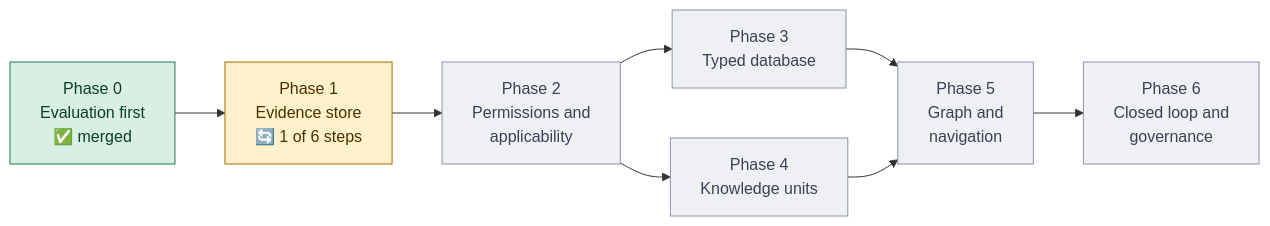
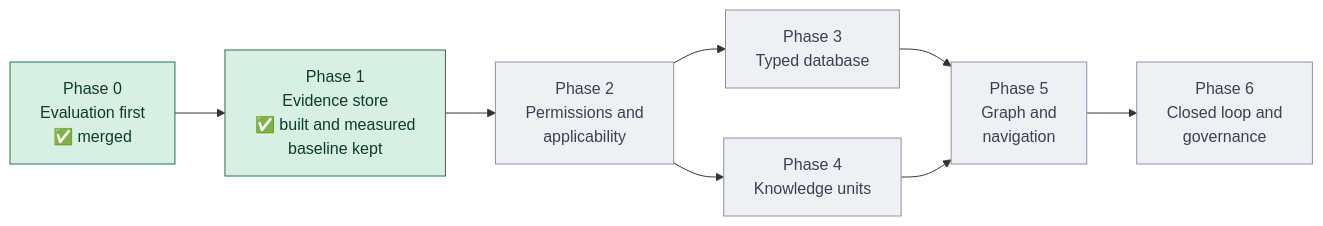
Before and after one commit to GaryTang32/agent-data-retrieval: the diagram in README.md, drawn with Mermaid. The commit also changed other lines of this file and 168 other files, not shown here.

First line of the commit message:
Phase 1: evidence store, adr tools and measurement against the baseline (#6)

````diff
--- a/README.md
+++ b/README.md
@@ -44,20 +44,19 @@
 ```mermaid
 flowchart LR
     P0["Phase 0<br/>Evaluation first<br/>✅ merged"]
-    P1["Phase 1<br/>Evidence store<br/>🔄 1 of 6 steps"]
+    P1["Phase 1<br/>Evidence store<br/>✅ built and measured<br/>baseline kept"]
     P2["Phase 2<br/>Permissions and<br/>applicability"]
     P3["Phase 3<br/>Typed database"]
     P4["Phase 4<br/>Knowledge units"]
     P5["Phase 5<br/>Graph and<br/>navigation"]
     P6["Phase 6<br/>Closed loop and<br/>governance"]
     P0 --> P1 --> P2
     P2 --> P3 --> P5
     P2 --> P4 --> P5
     P5 --> P6
     classDef done fill:#d8f0e3,stroke:#1d7a4f,color:#0b3d27
     classDef active fill:#fff1cc,stroke:#a86b00,color:#4a3000
     classDef todo fill:#eef0f4,stroke:#8a93a6,color:#3a4152
-    class P0 done
-    class P1 active
+    class P0,P1 done
     class P2,P3,P4,P5,P6 todo
 ```
````
